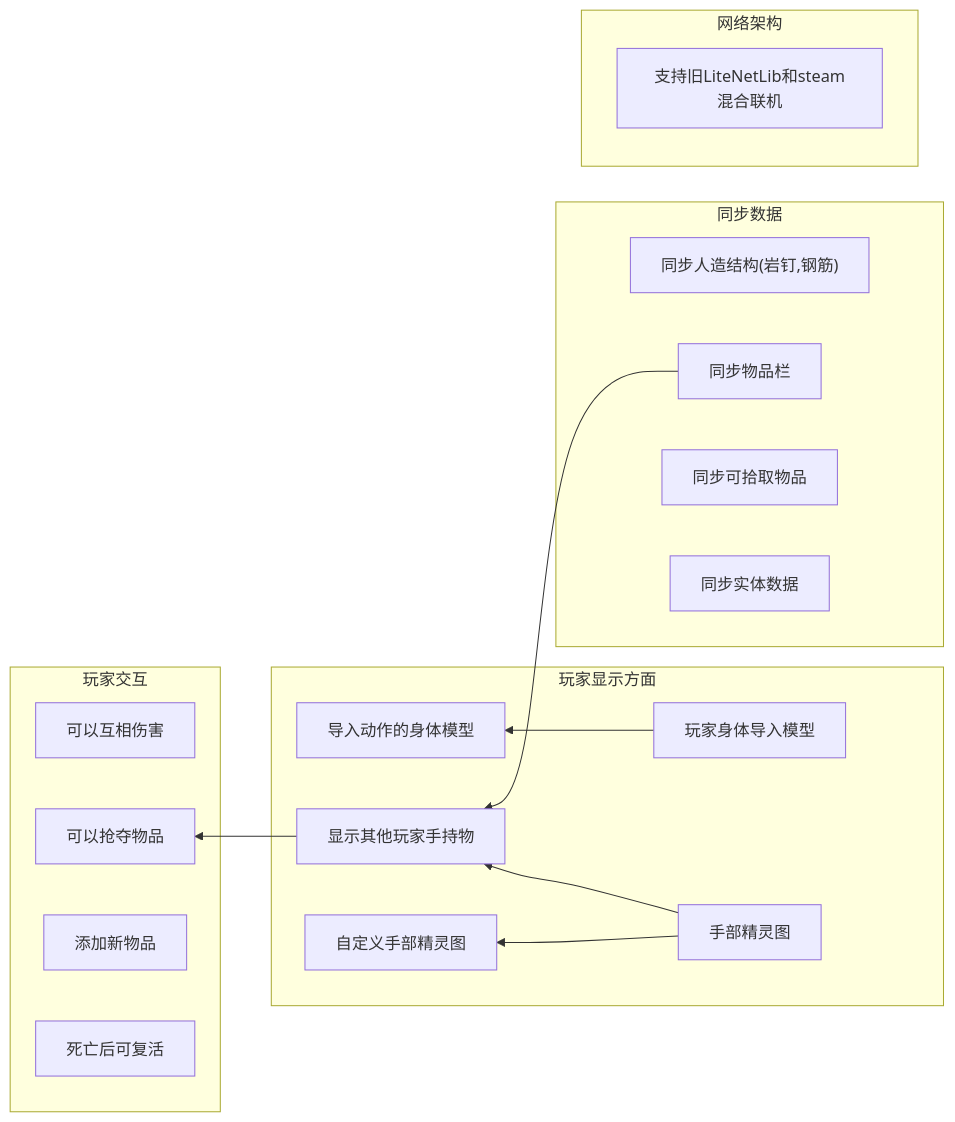
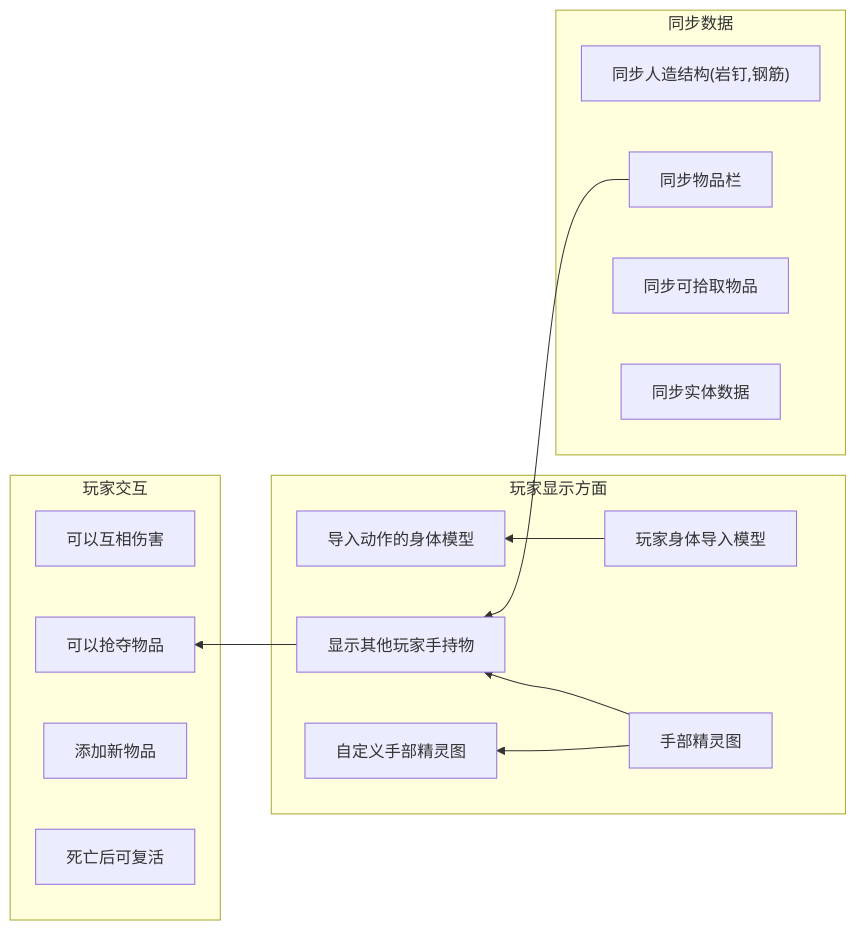
The diagram in README_CN.md (Shen-X-L/WKMultiMod), drawn with Mermaid before and after one commit. The commit also changed other lines of this file and 1 other file, not shown here.

````diff
--- a/README_CN.md
+++ b/README_CN.md
@@ -25,39 +24,34 @@
 ```mermaid
 graph RL
     %% 模块 1：玩家显示方面
     subgraph 玩家显示方面
         1a[手部精灵图]
         1b[玩家身体导入模型]
         1c[导入动作的身体模型]
         1d[显示其他玩家手持物]
         1e[自定义手部精灵图]
     end
 
     %% 模块 2：玩家交互
     subgraph 玩家交互
         2a[可以互相伤害]
         2b[可以抢夺物品]
         2c[添加新物品]
         2e[死亡后可复活]
     end
 
     %% 模块 3：同步数据
     subgraph 同步数据
         3a["同步人造结构(岩钉,钢筋)"]
         3b[同步物品栏]
         3c[同步可拾取物品]
         3e[同步实体数据]
     end
 
-    %% 模块 4：网络架构
-    subgraph 网络架构
-        4b[支持旧LiteNetLib和steam混合联机]
-    end
-
     %% 依赖关系连接 (跨模块和模块内)
     1a --> 1e
     1b --> 1c
     3b --> 1d
     1a --> 1d
     1d --> 2b
 ```
````
